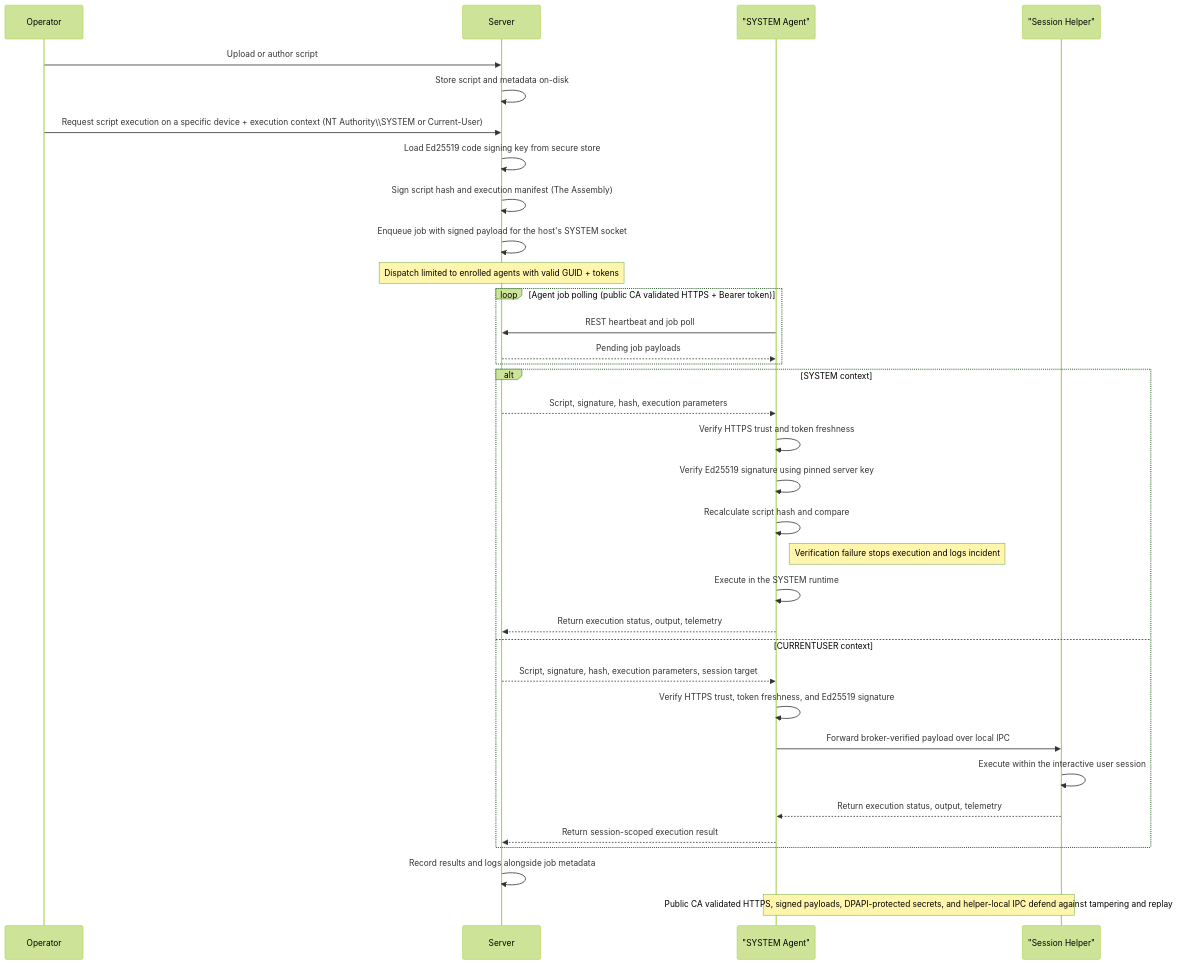
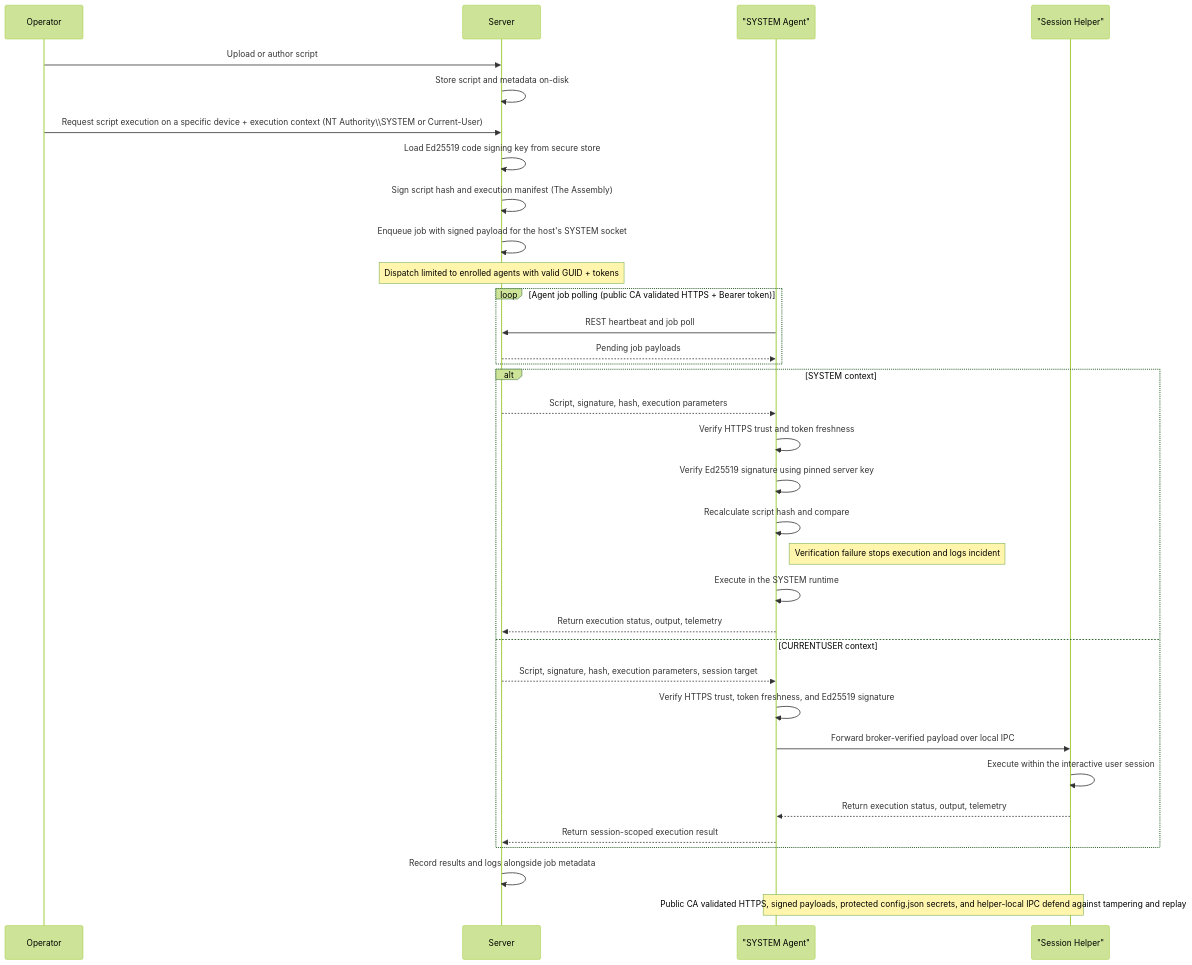
The second of 2 diagrams in Docs/Start Here/security-and-trust.md (bunny-lab-io/Borealis), drawn with Mermaid (forest theme) before and after one commit. The commit also changed other lines of this file and 138 other files, not shown here.

````diff
--- a/Docs/Start Here/security-and-trust.md
+++ b/Docs/Start Here/security-and-trust.md
@@ -154,42 +154,42 @@
 ```mermaid
 sequenceDiagram
     participant Operator
     participant Server
     participant SYS as "SYSTEM Agent"
     participant HELPER as "Session Helper"
 
     Operator->>Server: Upload or author script
     Server->>Server: Store script and metadata on-disk
 
     Operator->>Server: Request script execution on a specific device + execution context (NT Authority\\SYSTEM or Current-User)
     Server->>Server: Load Ed25519 code signing key from secure store
     Server->>Server: Sign script hash and execution manifest (The Assembly)
 
     Server->>Server: Enqueue job with signed payload for the host's SYSTEM socket
     Note over Server: Dispatch limited to enrolled agents with valid GUID + tokens
 
     loop Agent job polling (public CA validated HTTPS + Bearer token)
         SYS->>Server: REST heartbeat and job poll
         Server-->>SYS: Pending job payloads
     end
 
     alt SYSTEM context
         Server-->>SYS: Script, signature, hash, execution parameters
         SYS->>SYS: Verify HTTPS trust and token freshness
         SYS->>SYS: Verify Ed25519 signature using pinned server key
         SYS->>SYS: Recalculate script hash and compare
         Note right of SYS: Verification failure stops execution and logs incident
         SYS->>SYS: Execute in the SYSTEM runtime
         SYS-->>Server: Return execution status, output, telemetry
     else CURRENTUSER context
         Server-->>SYS: Script, signature, hash, execution parameters, session target
         SYS->>SYS: Verify HTTPS trust, token freshness, and Ed25519 signature
         SYS->>HELPER: Forward broker-verified payload over local IPC
         HELPER->>HELPER: Execute within the interactive user session
         HELPER-->>SYS: Return execution status, output, telemetry
         SYS-->>Server: Return session-scoped execution result
     end
 
     Server->>Server: Record results and logs alongside job metadata
-    Note over SYS,HELPER: Public CA validated HTTPS, signed payloads, DPAPI-protected secrets, and helper-local IPC defend against tampering and replay
+    Note over SYS,HELPER: Public CA validated HTTPS, signed payloads, protected config.json secrets, and helper-local IPC defend against tampering and replay
 ```
````
